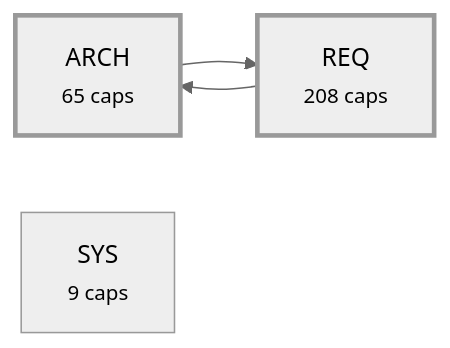
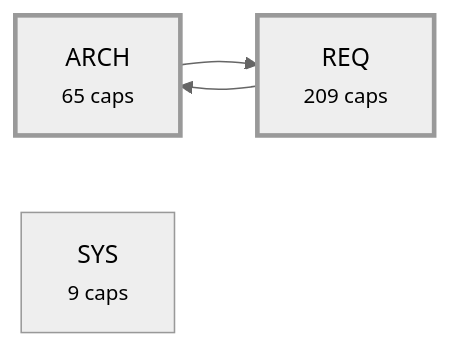
The third of 4 diagrams in plugin/requirements/_map.md (alxmax/Requirement-manager), drawn with Mermaid (neutral theme) before and after one commit. The commit also changed other lines of this file and 30 other files, not shown here.

````diff
--- a/plugin/requirements/_map.md
+++ b/plugin/requirements/_map.md
@@ -1035,10 +1036,10 @@
 ```mermaid
 graph LR
   a_ARCH["ARCH<br><small>65 caps</small>"]
-  a_REQ["REQ<br><small>208 caps</small>"]
+  a_REQ["REQ<br><small>209 caps</small>"]
   a_SYS["SYS<br><small>9 caps</small>"]
   a_ARCH --> a_REQ
   a_REQ --> a_ARCH
   style a_ARCH stroke-width:3px
   style a_REQ stroke-width:3px
 ```
````
